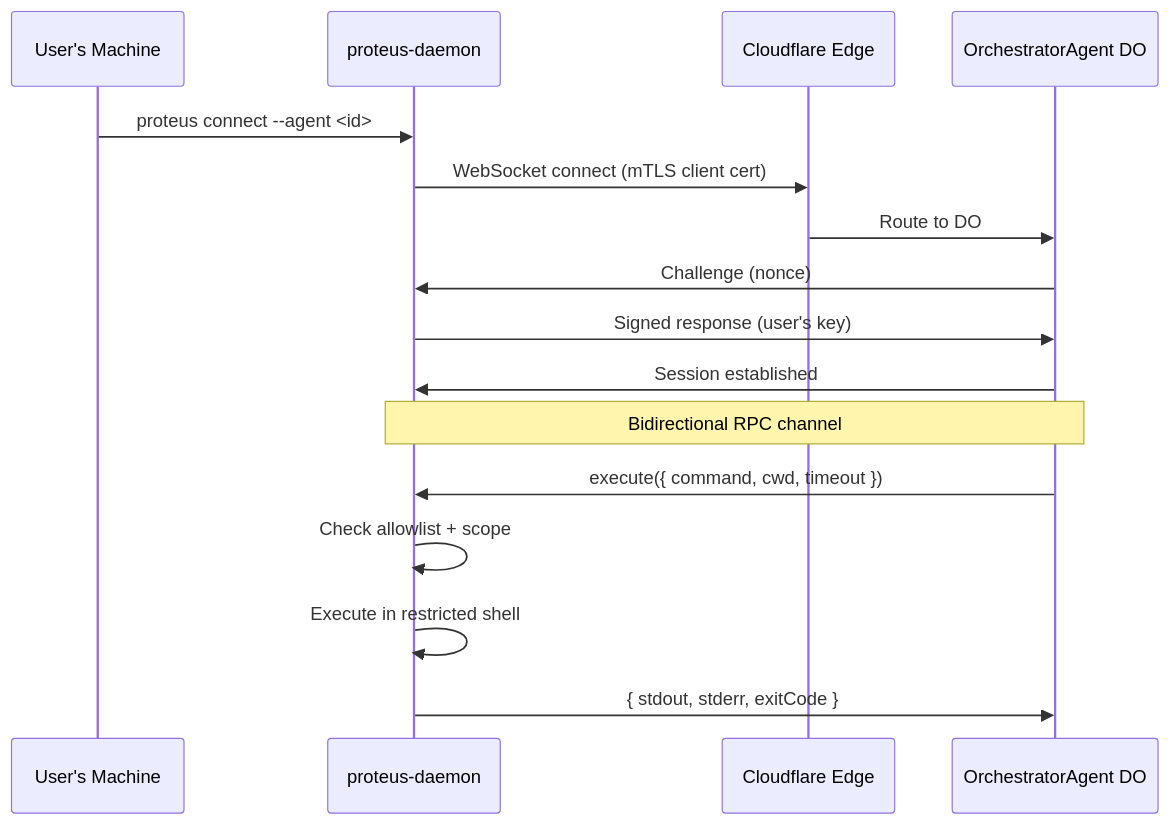
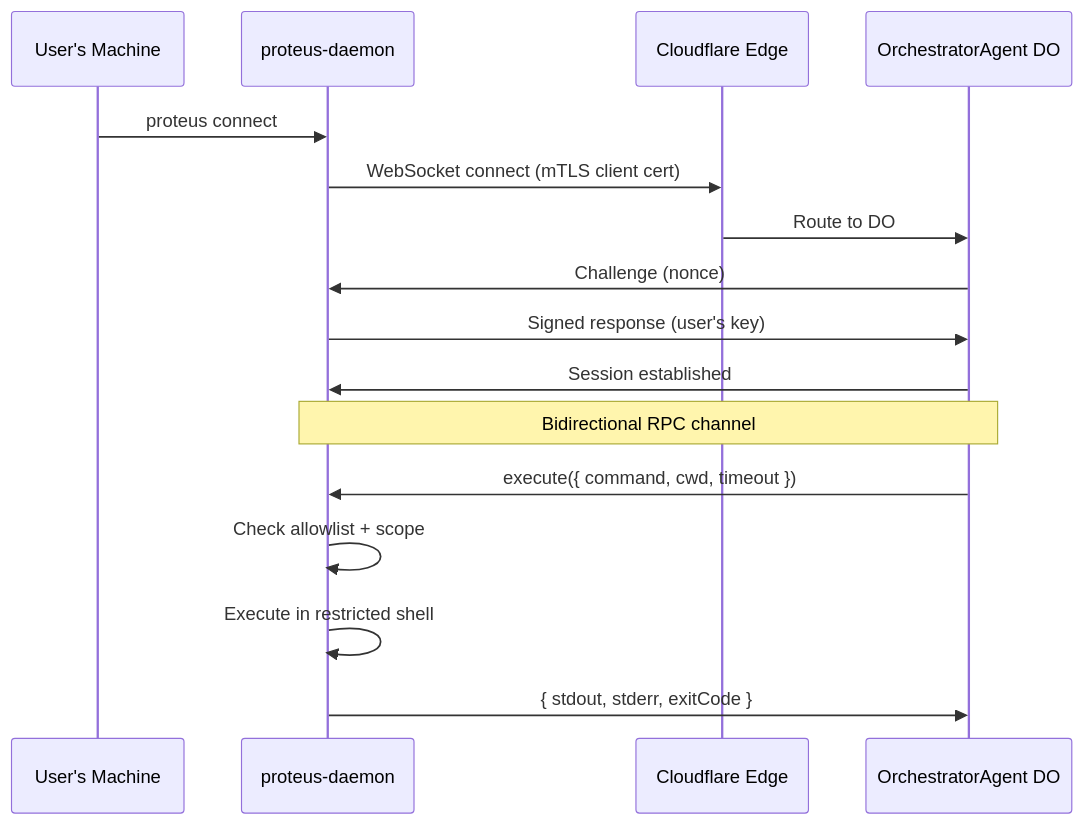
The third of 4 diagrams in docs/EXECUTION-LAYER-SPEC.md (AshishKumar4/Proteus), drawn with Mermaid before and after one commit. The commit also changed other lines of this file and 9 other files, not shown here.

````diff
--- a/docs/EXECUTION-LAYER-SPEC.md
+++ b/docs/EXECUTION-LAYER-SPEC.md
@@ -434,20 +434,20 @@
 ```mermaid
 sequenceDiagram
     participant User as User's Machine
     participant Daemon as proteus-daemon
     participant CF as Cloudflare Edge
     participant Agent as OrchestratorAgent DO
 
-    User->>Daemon: proteus connect --agent <id>
+    User->>Daemon: proteus connect
     Daemon->>CF: WebSocket connect (mTLS client cert)
     CF->>Agent: Route to DO
     Agent->>Daemon: Challenge (nonce)
     Daemon->>Agent: Signed response (user's key)
     Agent->>Daemon: Session established
     Note over Agent,Daemon: Bidirectional RPC channel
 
     Agent->>Daemon: execute({ command, cwd, timeout })
     Daemon->>Daemon: Check allowlist + scope
     Daemon->>Daemon: Execute in restricted shell
     Daemon->>Agent: { stdout, stderr, exitCode }
 ```
````
